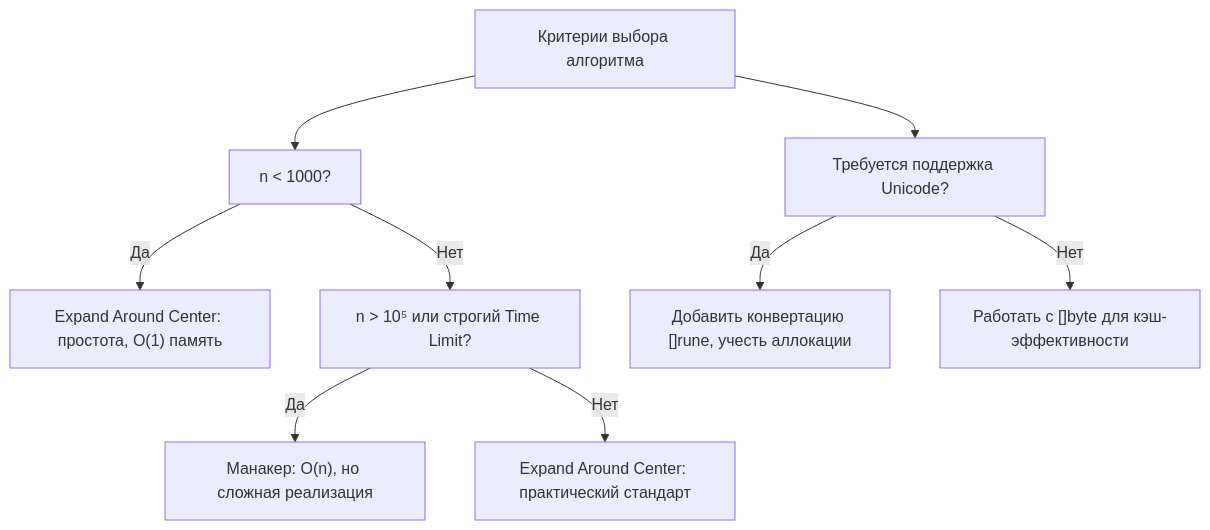
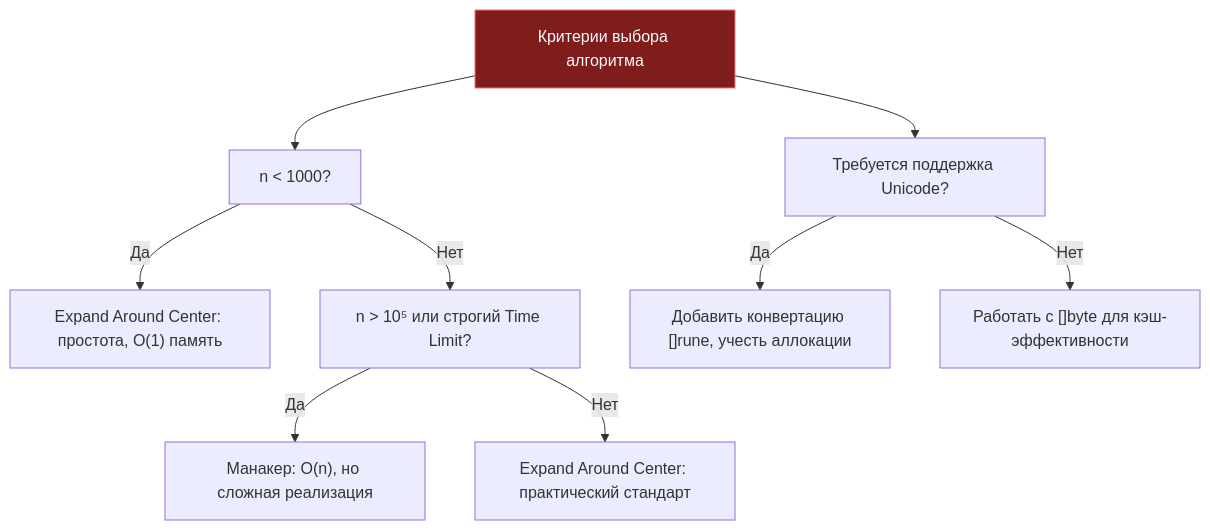
Before and after one commit to UnrealTemplier/go-textbook: the third of 4 diagrams in sources/21. Задачи с LeetCode и собеседований на Go/02. Задачи/25. Строки/4. Longest Palindromic Substring.md, drawn with Mermaid. The commit also changed other lines of this file and 1666 other files, not shown here.

First line of the commit message:
feat(mermaid): add semantic color classDef to 1369 colorless flowchart/graph diagrams

````diff
--- a/sources/21. Задачи с LeetCode и собеседований на Go/02. Задачи/25. Строки/4. Longest Palindromic Substring.md
+++ b/sources/21. Задачи с LeetCode и собеседований на Go/02. Задачи/25. Строки/4. Longest Palindromic Substring.md
@@ -209,11 +229,21 @@
 ```mermaid
 flowchart TD
-    A["Критерии выбора алгоритма"] --> B["n < 1000?"]
+    classDef process  fill:#1e293b,stroke:#38bdf8,stroke-width:1px,color:#f8fafc
+    classDef success  fill:#064e3b,stroke:#34d399,stroke-width:1px,color:#f8fafc
+    classDef error    fill:#7f1d1d,stroke:#f87171,stroke-width:1px,color:#f8fafc
+    classDef warning  fill:#78350f,stroke:#fbbf24,stroke-width:1px,color:#f8fafc
+    classDef entry    fill:#1e3a5f,stroke:#38bdf8,stroke-width:2px,color:#f8fafc
+    classDef aux      fill:#334155,stroke:#64748b,stroke-width:1px,color:#f8fafc
+    classDef system   fill:#312e81,stroke:#a78bfa,stroke-width:1px,color:#f8fafc
+    classDef data     fill:#132d29,stroke:#2dd4bf,stroke-width:1px,color:#f8fafc
+    classDef network  fill:#881337,stroke:#fb7185,stroke-width:1px,color:#f8fafc
+    classDef accent   fill:#1e1b4b,stroke:#818cf8,stroke-width:1px,color:#f8fafc
+    A["Критерии выбора алгоритма"]:::error --> B["n < 1000?"]
     B -->|Да| C["Expand Around Center: простота, O(1) память"]
     B -->|Нет| D["n > 10⁵ или строгий Time Limit?"]
     D -->|Да| E["Манакер: O(n), но сложная реализация"]
     D -->|Нет| F["Expand Around Center: практический стандарт"]
     A --> G["Требуется поддержка Unicode?"]
     G -->|Да| H["Добавить конвертацию []rune, учесть аллокации"]
     G -->|Нет| I["Работать с []byte для кэш-эффективности"]
 ```
````
